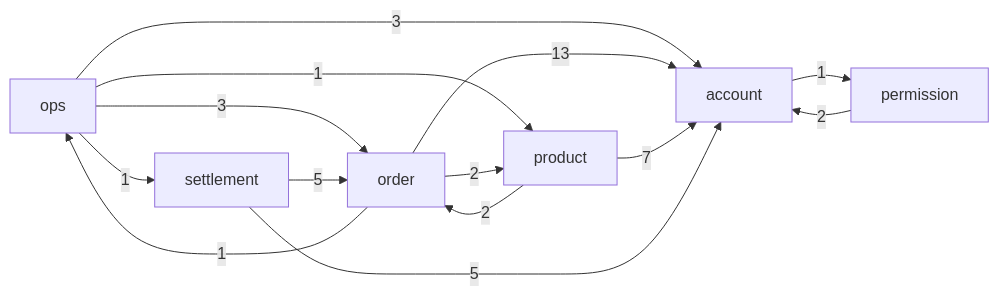
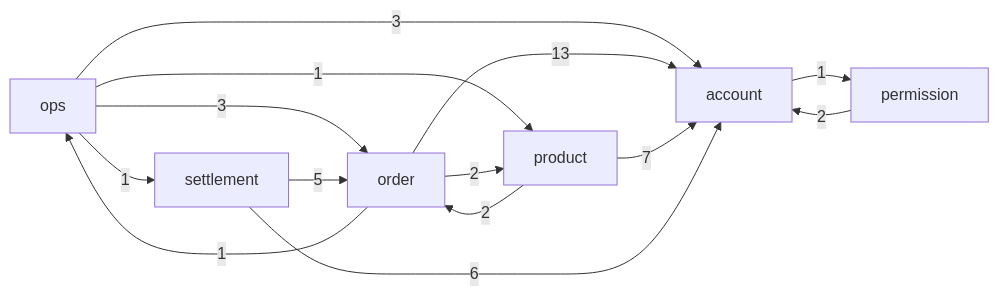
Before and after one commit to ejg93/ProjectShop: the diagram in doc/erd/index.md, drawn with Mermaid. The commit also changed other lines of this file and 13 other files, not shown here.

````diff
--- a/doc/erd/index.md
+++ b/doc/erd/index.md
@@ -5,16 +5,16 @@
 ```mermaid
 flowchart LR
     account -->|1| permission
     ops -->|3| account
     ops -->|3| order
     ops -->|1| product
     ops -->|1| settlement
     order -->|13| account
     order -->|1| ops
     order -->|2| product
     permission -->|2| account
     product -->|7| account
     product -->|2| order
-    settlement -->|5| account
+    settlement -->|6| account
     settlement -->|5| order
 ```
````
